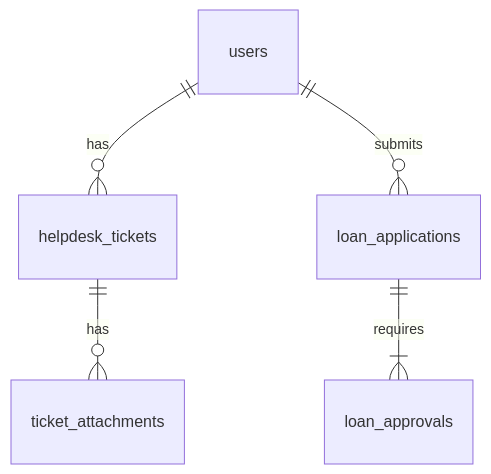
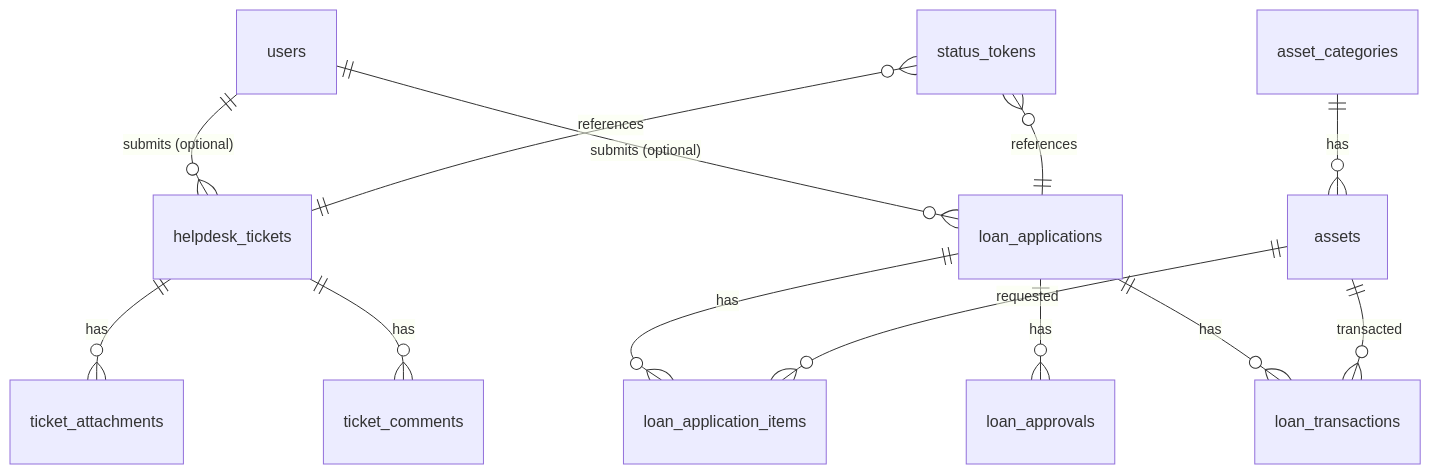
One commit to IzzatFirdaus/ictserve-031125 changed the fourth of 5 diagrams in D04_DOKUMEN_SPESIFIKASI_REKABENTUK_SISTEM_SDS_ictserve_3.6.1.md. Above: the diagram before and after it, drawn with Mermaid. The commit also changed other lines of this file and 12 other files, not shown here.

````diff
--- a/D04_DOKUMEN_SPESIFIKASI_REKABENTUK_SISTEM_SDS_ictserve_3.6.1.md
+++ b/D04_DOKUMEN_SPESIFIKASI_REKABENTUK_SISTEM_SDS_ictserve_3.6.1.md
@@ -129,7 +320,19 @@
 ```mermaid
 erDiagram
-    users ||--o{ helpdesk_tickets : has
+    users ||--o{ helpdesk_tickets : "submits (optional)"
+    users ||--o{ loan_applications : "submits (optional)"
+
     helpdesk_tickets ||--o{ ticket_attachments : has
-    users ||--o{ loan_applications : submits
-    loan_applications ||--|{ loan_approvals : requires
+    helpdesk_tickets ||--o{ ticket_comments : has
+
+    loan_applications ||--o{ loan_application_items : has
+    loan_applications ||--o{ loan_approvals : has
+    loan_applications ||--o{ loan_transactions : has
+
+    asset_categories ||--o{ assets : has
+    assets ||--o{ loan_application_items : requested
+    assets ||--o{ loan_transactions : transacted
+
+    status_tokens }o--|| helpdesk_tickets : references
+    status_tokens }o--|| loan_applications : references
 ```
````
